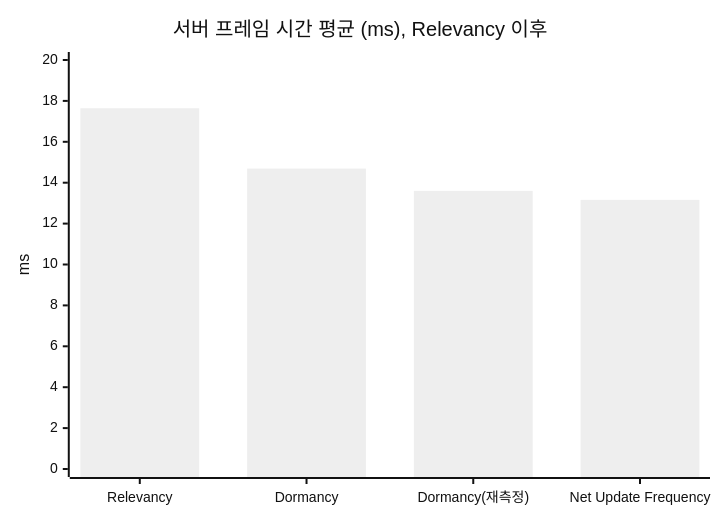
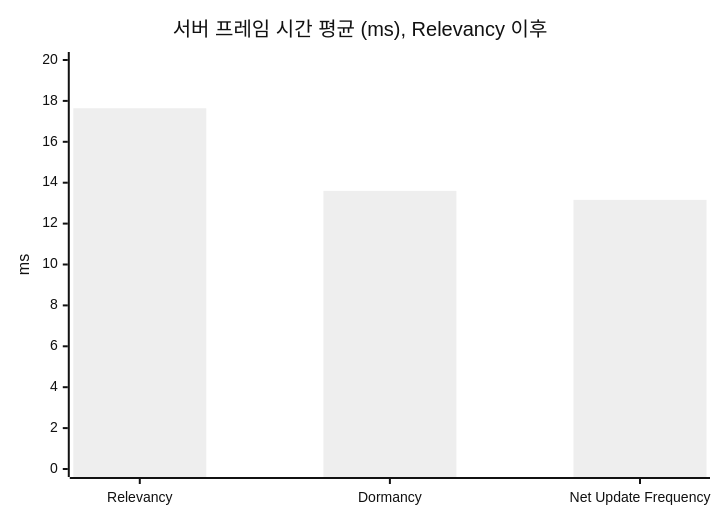
The second of 4 diagrams in README.md (hon454/ue-dedicated-server-optimization-lab), drawn with Mermaid (neutral theme) before and after one commit. The commit also changed other lines of this file, not shown here.

First line of the commit message:
docs(readme): show one dormancy measurement in the cumulative results

````diff
--- a/README.md
+++ b/README.md
@@ -118,7 +118,7 @@
 ```mermaid
 xychart-beta
     title "서버 프레임 시간 평균 (ms), Relevancy 이후"
-    x-axis ["Relevancy", "Dormancy", "Dormancy(재측정)", "Net Update Frequency"]
+    x-axis ["Relevancy", "Dormancy", "Net Update Frequency"]
     y-axis "ms" 0 --> 20
-    bar [17.64, 14.69, 13.60, 13.16]
+    bar [17.64, 13.60, 13.16]
 ```
````
